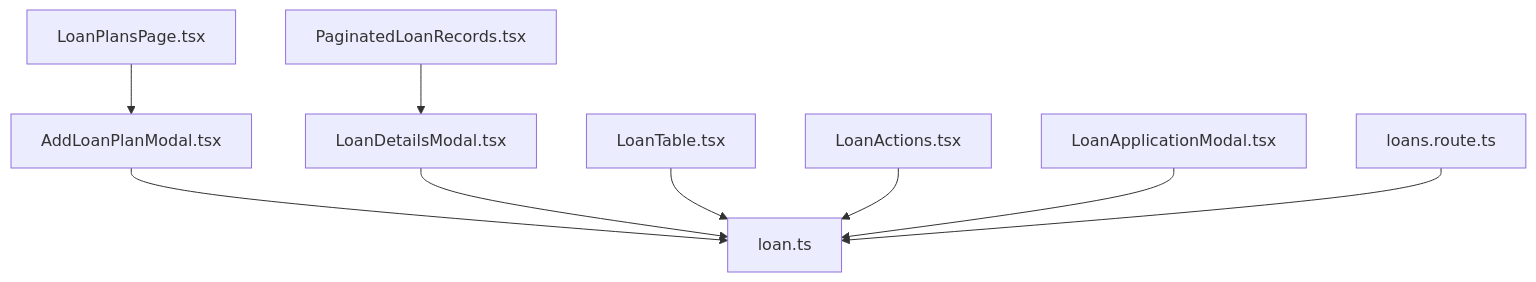
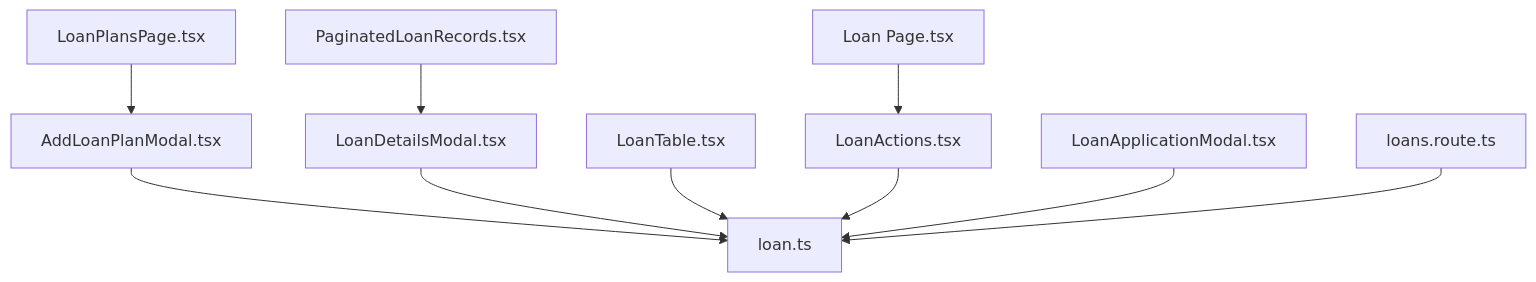
One commit to Unsure-bry/sampacoop_system changed the sixth of 6 diagrams in .qoder/repowiki/en/content/Loan Management System/Loan Plan Management.md. Above: the diagram before and after it, drawn with Mermaid. The commit also changed other lines of this file and 6 other files, not shown here.

````diff
--- a/.qoder/repowiki/en/content/Loan Management System/Loan Plan Management.md
+++ b/.qoder/repowiki/en/content/Loan Management System/Loan Plan Management.md
@@ -303,11 +326,12 @@
 ```mermaid
 graph TB
 AddPlanModal["AddLoanPlanModal.tsx"] --> Types["loan.ts"]
 LoanDetailsModal["LoanDetailsModal.tsx"] --> Types
 LoanPlansPage["LoanPlansPage.tsx"] --> AddPlanModal
 PaginatedLoanRecords["PaginatedLoanRecords.tsx"] --> LoanDetailsModal
 LoanTable["LoanTable.tsx"] --> Types
 LoanActions["LoanActions.tsx"] --> Types
 LoanApplicationModal["LoanApplicationModal.tsx"] --> Types
+LoanPage["Loan Page.tsx"] --> LoanActions
 LoansAPI["loans.route.ts"] --> Types
 ```
````
